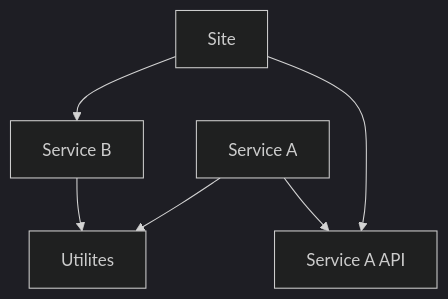
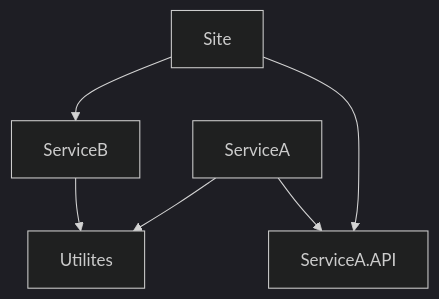
One commit to JohnEffo/MonoBuild changed the diagram in doc-site/content/_index.md. Above: the diagram before and after it, drawn with Mermaid (dark theme). The commit also changed other lines of this file and 3 other files, not shown here.

````diff
--- a/doc-site/content/_index.md
+++ b/doc-site/content/_index.md
@@ -31,10 +31,10 @@
 ```mermaid
 graph TD;
     S[Site]-->B;
     S-->C;
-    A[Service A]-->U;
-    B[Service B]-->U;
+    A[ServiceA]-->U;
+    B[ServiceB]-->U;
     A-->C;
-    C[Service A API]
+    C[ServiceA.API]
     U[Utilites]
 ```
````
